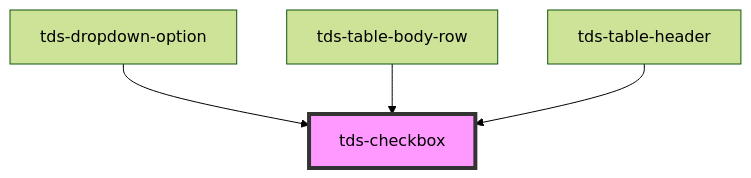
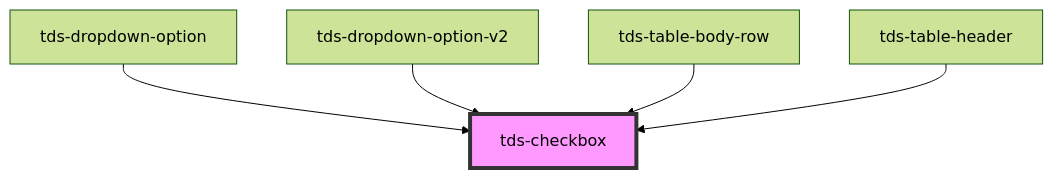
The diagram in core/src/components/checkbox/readme.md (scania-digital-design-system/tegel), drawn with Mermaid (forest theme) before and after one commit. The commit also changed other lines of this file and 11 other files, not shown here.

````diff
--- a/core/src/components/checkbox/readme.md
+++ b/core/src/components/checkbox/readme.md
@@ -51,7 +52,8 @@
 ```mermaid
 graph TD;
   tds-dropdown-option --> tds-checkbox
+  tds-dropdown-option-v2 --> tds-checkbox
   tds-table-body-row --> tds-checkbox
   tds-table-header --> tds-checkbox
   style tds-checkbox fill:#f9f,stroke:#333,stroke-width:4px
 ```
````
